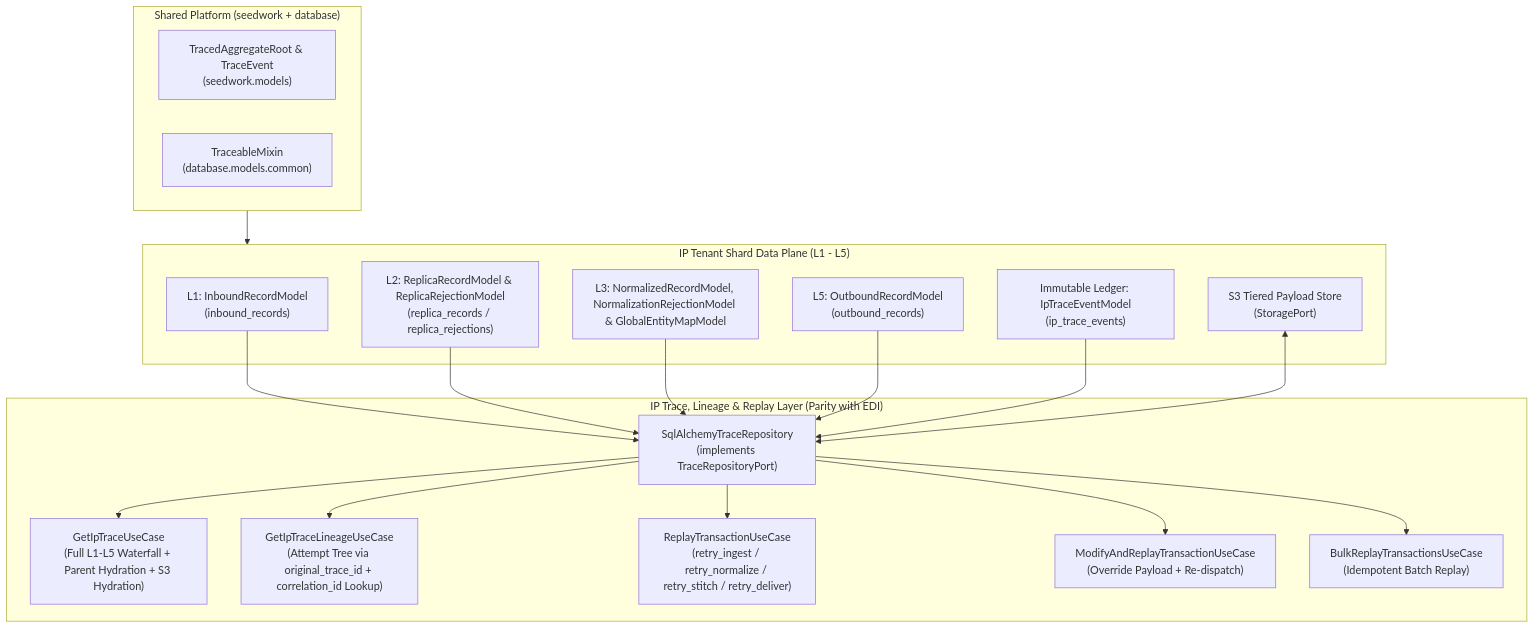
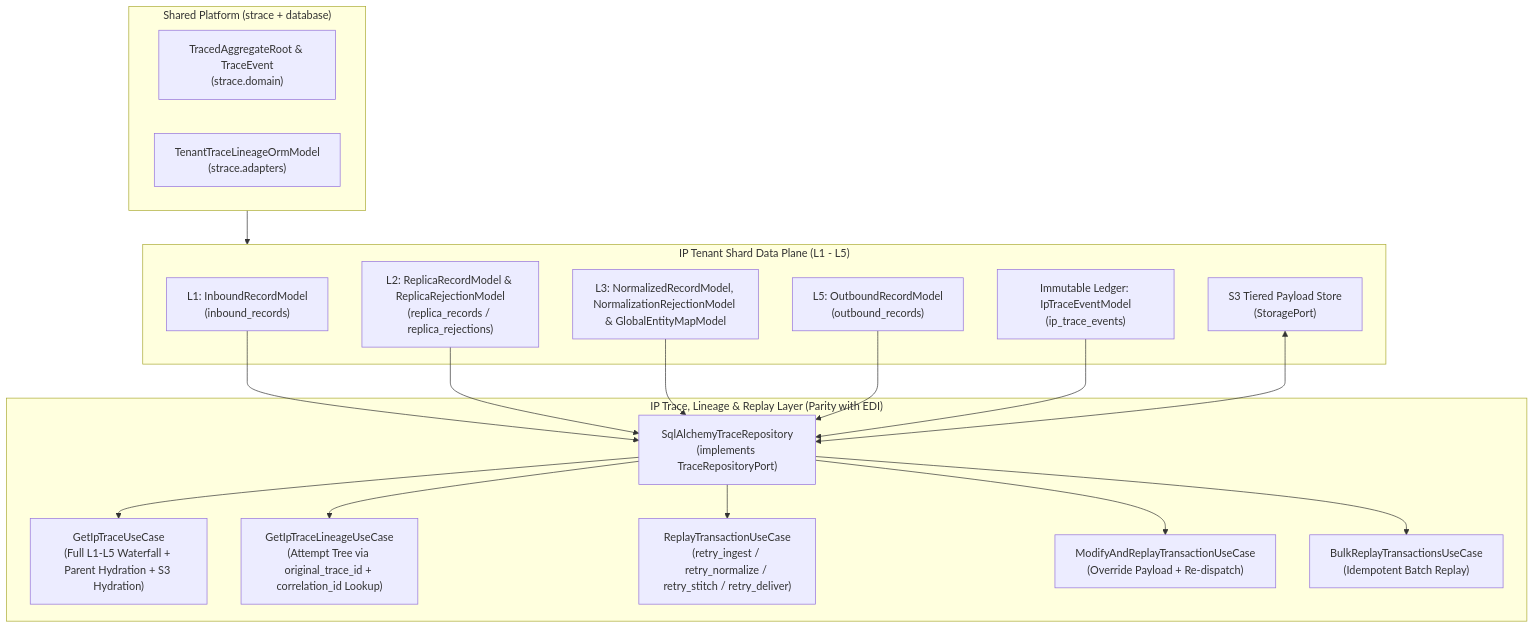
One commit to pramodnarayana/soopa changed the diagram in apps/ip/docs/l9_timeline_and_replay_design.md. Above: the diagram before and after it, drawn with Mermaid. The commit also changed other lines of this file and 8 other files, not shown here.

````diff
--- a/apps/ip/docs/l9_timeline_and_replay_design.md
+++ b/apps/ip/docs/l9_timeline_and_replay_design.md
@@ -72,30 +68,30 @@
 ```mermaid
 flowchart TD
-    subgraph Platform["Shared Platform (seedwork + database)"]
-        TAR["TracedAggregateRoot & TraceEvent\n(seedwork.models)"]
-        TM["TraceableMixin\n(database.models.common)"]
+    subgraph Platform["Shared Platform (strace + database)"]
+        TAR["TracedAggregateRoot & TraceEvent\n(strace.domain)"]
+        TM["TenantTraceLineageOrmModel\n(strace.adapters)"]
     end
 
     subgraph DataPlane["IP Tenant Shard Data Plane (L1 - L5)"]
         L1["L1: InboundRecordModel\n(inbound_records)"]
         L2["L2: ReplicaRecordModel & ReplicaRejectionModel\n(replica_records / replica_rejections)"]
         L3["L3: NormalizedRecordModel, NormalizationRejectionModel & GlobalEntityMapModel"]
         L5["L5: OutboundRecordModel\n(outbound_records)"]
         TE["Immutable Ledger: IpTraceEventModel\n(ip_trace_events)"]
         S3["S3 Tiered Payload Store\n(StoragePort)"]
     end
 
     subgraph TraceAndReplay["IP Trace, Lineage & Replay Layer (Parity with EDI)"]
         TR["SqlAlchemyTraceRepository\n(implements TraceRepositoryPort)"]
         UC1["GetIpTraceUseCase\n(Full L1-L5 Waterfall + Parent Hydration + S3 Hydration)"]
         UC2["GetIpTraceLineageUseCase\n(Attempt Tree via original_trace_id + correlation_id Lookup)"]
         UC3["ReplayTransactionUseCase\n(retry_ingest / retry_normalize / retry_stitch / retry_deliver)"]
         UC4["ModifyAndReplayTransactionUseCase\n(Override Payload + Re-dispatch)"]
         UC5["BulkReplayTransactionsUseCase\n(Idempotent Batch Replay)"]
     end
 
     Platform --> DataPlane
     L1 & L2 & L3 & L5 & TE --> TR
     S3 <--> TR
     TR --> UC1 & UC2 & UC3 & UC4 & UC5
 ```
````
